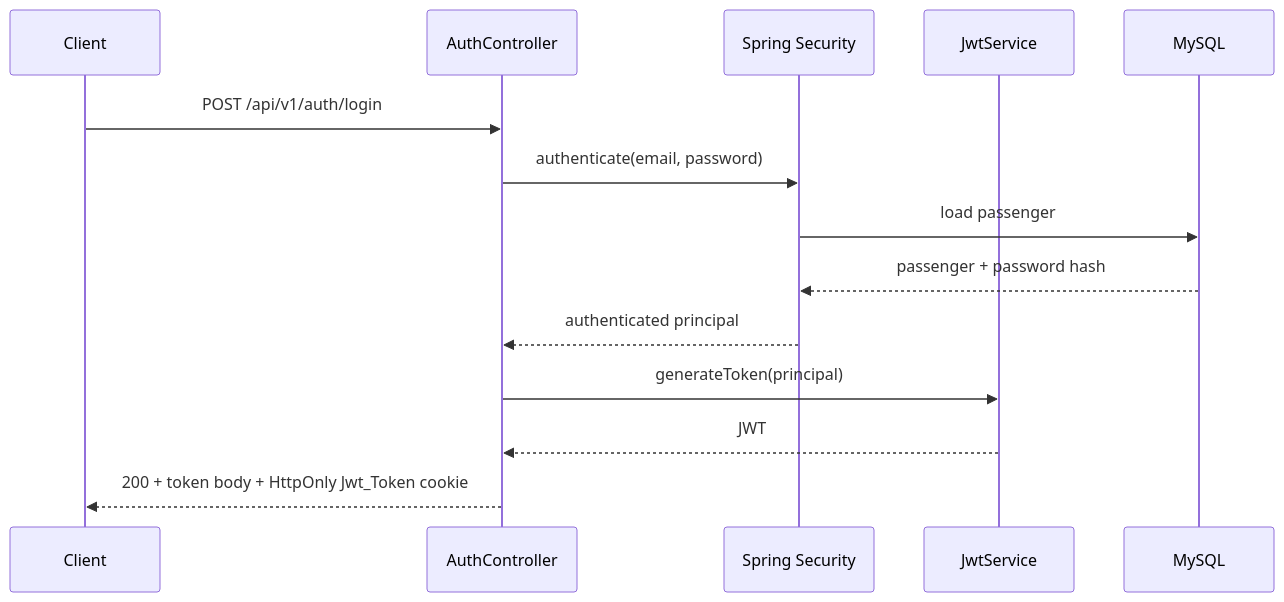
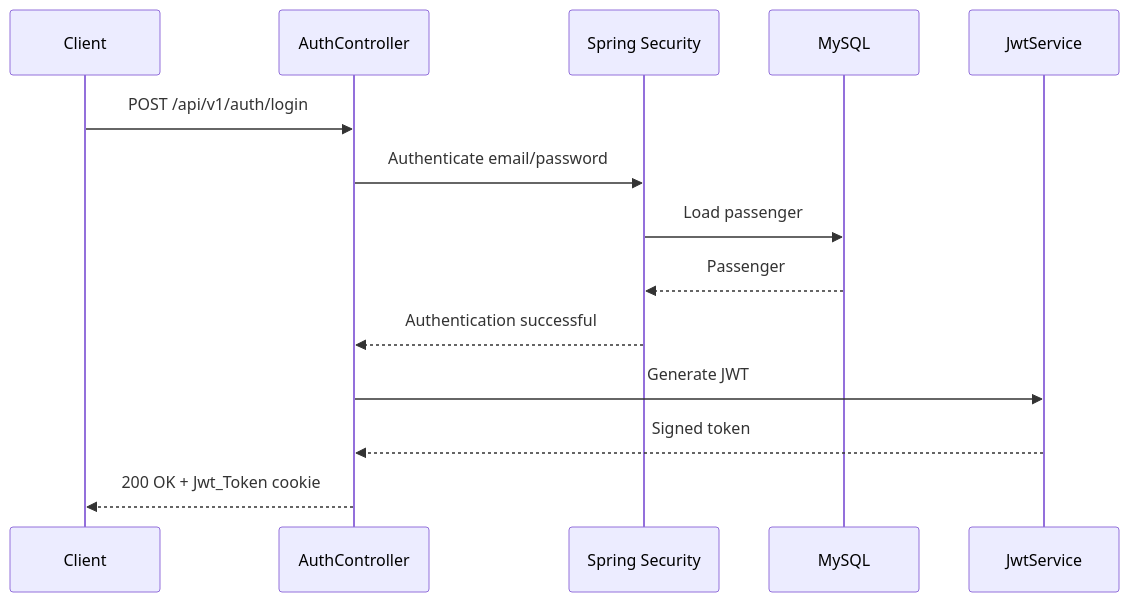
The diagram in README.md (Abhilash-Panja/RideFlow-AuthService), drawn with Mermaid before and after one commit. The commit also changed other lines of this file, not shown here.

````diff
--- a/README.md
+++ b/README.md
@@ -27,17 +39,22 @@
 ```mermaid
 sequenceDiagram
-    participant C as Client
-    participant A as AuthController
-    participant S as Spring Security
-    participant J as JwtService
+    participant Client
+    participant Auth as AuthController
+    participant Security as Spring Security
     participant DB as MySQL
+    participant JWT as JwtService
 
-    C->>A: POST /api/v1/auth/login
-    A->>S: authenticate(email, password)
-    S->>DB: load passenger
-    DB-->>S: passenger + password hash
-    S-->>A: authenticated principal
-    A->>J: generateToken(principal)
-    J-->>A: JWT
-    A-->>C: 200 + token body + HttpOnly Jwt_Token cookie
+    Client->>Auth: POST /api/v1/auth/login
+
+    Auth->>Security: Authenticate email/password
+
+    Security->>DB: Load passenger
+    DB-->>Security: Passenger
+
+    Security-->>Auth: Authentication successful
+
+    Auth->>JWT: Generate JWT
+    JWT-->>Auth: Signed token
+
+    Auth-->>Client: 200 OK + Jwt_Token cookie
 ```
````
